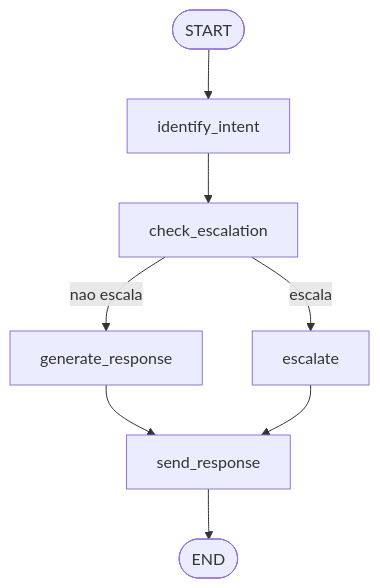
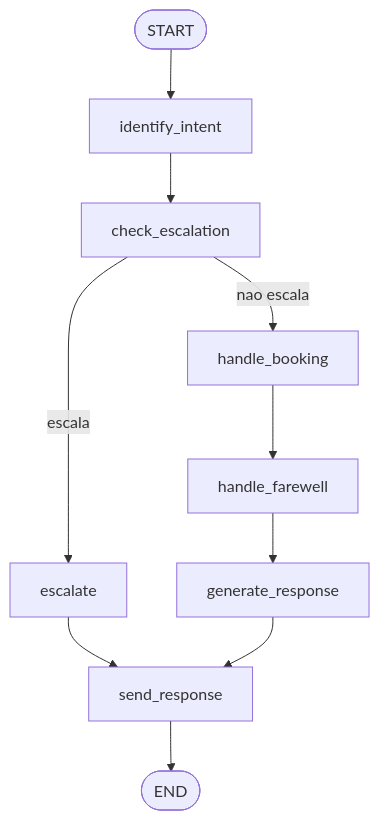
One commit to ersjunior/autonomous-agent changed the diagram in agents/orchestrator/README.md. Above: the diagram before and after it, drawn with Mermaid. The commit also changed other lines of this file and 17 other files, not shown here.

````diff
--- a/agents/orchestrator/README.md
+++ b/agents/orchestrator/README.md
@@ -15,10 +17,12 @@
 ```mermaid
 flowchart TD
     START([START]) --> identify_intent
     identify_intent --> check_escalation
-    check_escalation -->|nao escala| generate_response
     check_escalation -->|escala| escalate
+    check_escalation -->|nao escala| handle_booking
+    handle_booking --> handle_farewell
+    handle_farewell --> generate_response
+    escalate --> send_response
     generate_response --> send_response
-    escalate --> send_response
     send_response --> END_NODE([END])
 ```
````
